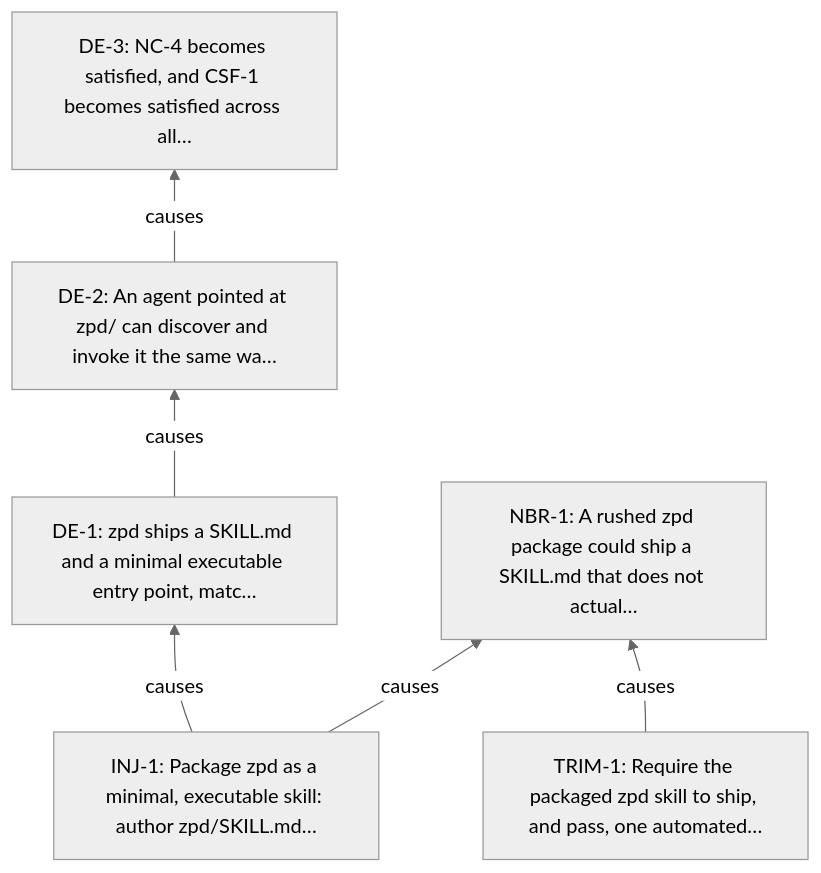
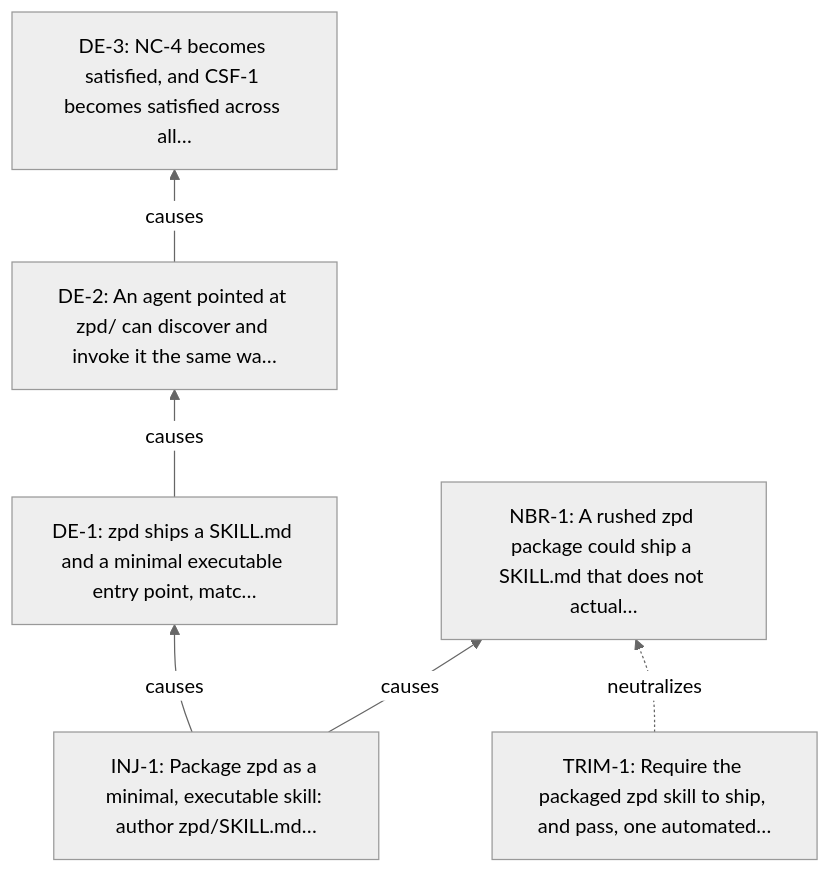
The diagram in self-model/generated/diagrams/future-reality.mmd (Promise-Foundation/agency-engineering-skills), drawn with Mermaid (neutral theme) before and after one commit. The commit also changed 68 other files, not shown here.

```diff
--- a/self-model/generated/diagrams/future-reality.mmd
+++ b/self-model/generated/diagrams/future-reality.mmd
@@ -1,13 +1,13 @@
 %% Generated by ltp. Do not edit; edit ltp/ltp-model.yaml and run `ltp sync`.
 flowchart BT
     DE_1["DE-1: zpd ships a SKILL.md and a minimal executable entry point, matc…"]
     DE_2["DE-2: An agent pointed at zpd/ can discover and invoke it the same wa…"]
     DE_3["DE-3: NC-4 becomes satisfied, and CSF-1 becomes satisfied across all…"]
     INJ_1["INJ-1: Package zpd as a minimal, executable skill: author zpd/SKILL.md…"]
     NBR_1["NBR-1: A rushed zpd package could ship a SKILL.md that does not actual…"]
     TRIM_1["TRIM-1: Require the packaged zpd skill to ship, and pass, one automated…"]
     INJ_1 -->|causes| DE_1
     DE_1 -->|causes| DE_2
     DE_2 -->|causes| DE_3
     INJ_1 -->|causes| NBR_1
-    TRIM_1 -->|causes| NBR_1
+    TRIM_1 -. neutralizes .-> NBR_1
```
